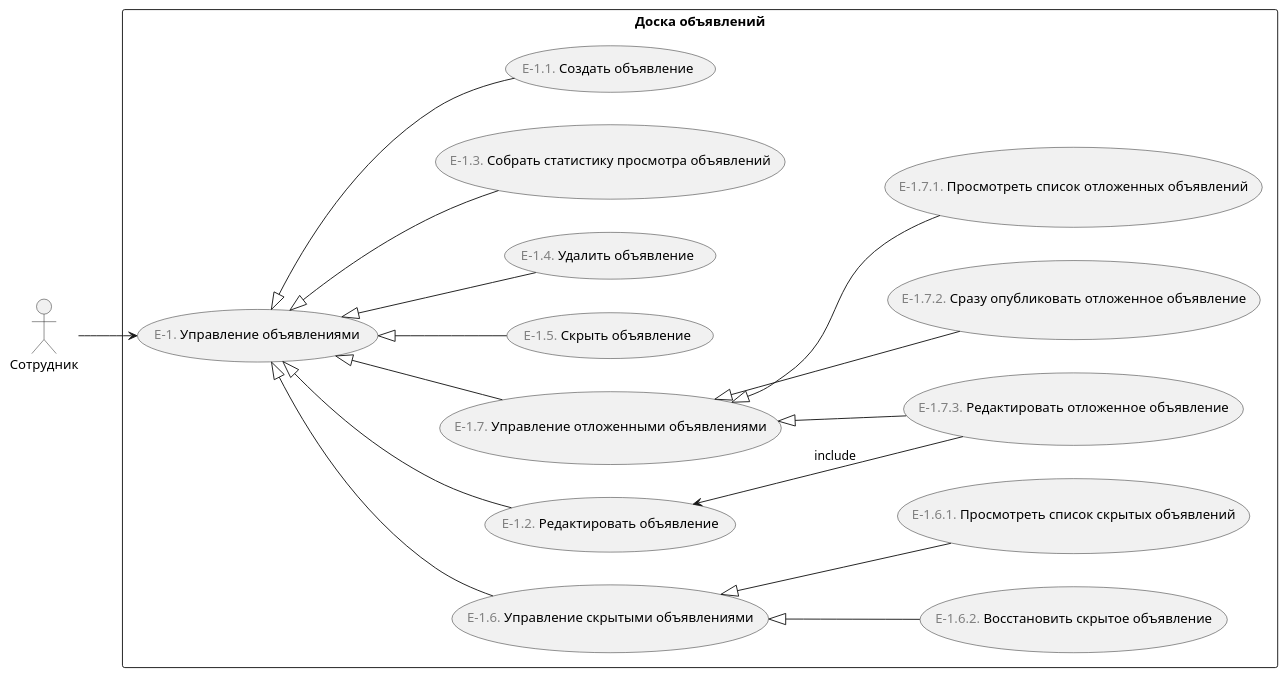
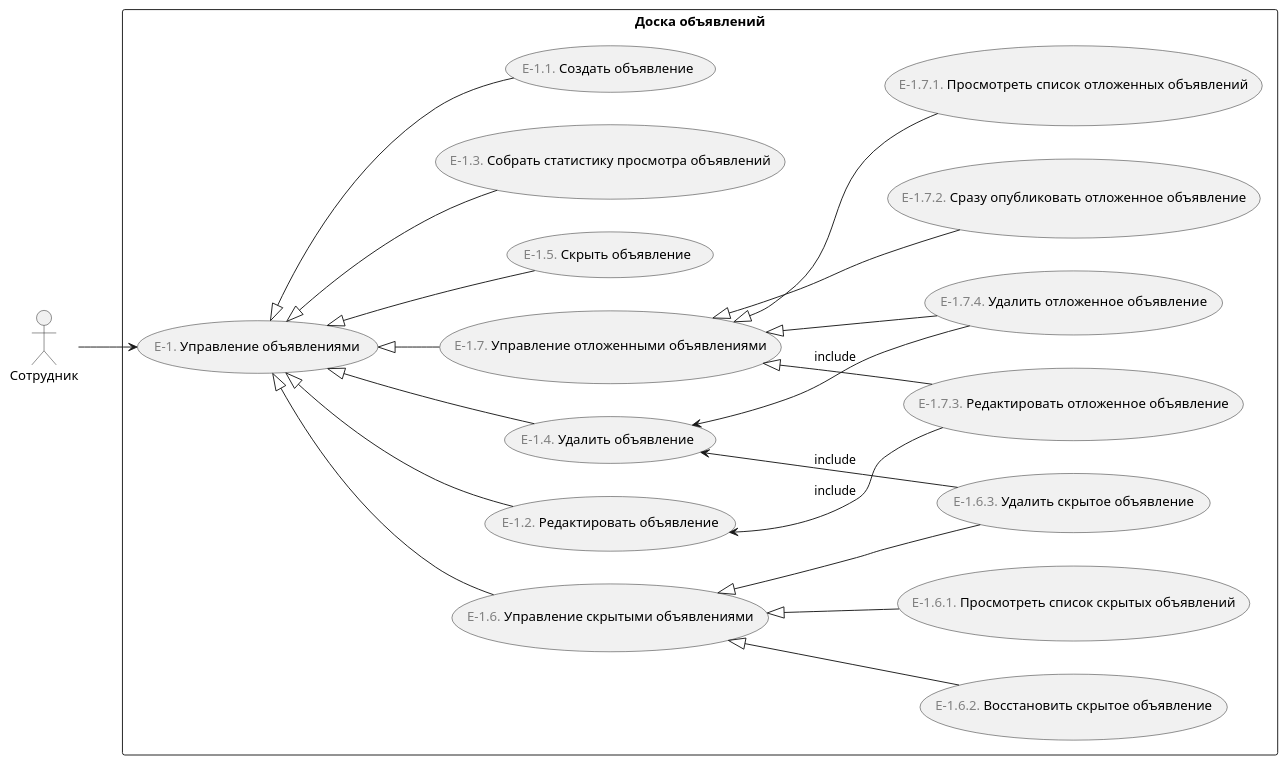
The diagram in doc/Диаграммы/use case/manage_announcements.puml (astu-app/ASTU-Bulletin-Board-Server), drawn with PlantUML before and after one commit.

Commit message:
добавил юзкейсы удаления скрытого и отложенного объявлений

```diff
--- a/doc/Диаграммы/use case/manage_announcements.puml
+++ b/doc/Диаграммы/use case/manage_announcements.puml
@@ -1,36 +1,44 @@
 @startuml
 'https://plantuml.com/use-case-diagram
 
 left to right direction
 
 :Сотрудник: as employee
 
 rectangle "Доска объявлений" {
     (<font color="gray">E-1.</font> Управление объявлениями) as manage_announcements
     (<font color="gray">E-1.6.</font> Управление скрытыми объявлениями) as manage_hidden_announcements
     (<font color="gray">E-1.7.</font> Управление отложенными объявлениями) as manage_delayed_announcements
-    
+    (<font color="gray">E-1.4.</font> Удалить объявление) as remove_announcement
+        
     (<font color="gray">E-1.2.</font> Редактировать объявление) as edit_announcement
     (<font color="gray">E-1.7.3.</font> Редактировать отложенное объявление) as edit_delayed_announcements
+    (<font color="gray">E-1.6.3.</font> Удалить скрытое объявление) as remove_hidden_announcements
+    (<font color="gray">E-1.7.4.</font> Удалить отложенное объявление) as remove_delayed_announcements
     
     employee --> manage_announcements
     
     manage_announcements <|-- edit_announcement
     manage_announcements <|-- (<font color="gray">E-1.5.</font> Скрыть объявление) 
     manage_announcements <|-- manage_hidden_announcements 
-    manage_announcements <|-- (<font color="gray">E-1.4.</font> Удалить объявление) 
+    manage_announcements <|-- remove_announcement 
     manage_announcements <|-- (<font color="gray">E-1.3.</font> Собрать статистику просмотра объявлений)
     manage_announcements <|-- (<font color="gray">E-1.1.</font> Создать объявление) 
     
     manage_announcements <|-- manage_delayed_announcements
     manage_delayed_announcements <|-- edit_delayed_announcements
     manage_delayed_announcements <|-- (<font color="gray">E-1.7.2.</font> Сразу опубликовать отложенное объявление)
     manage_delayed_announcements <|-- (<font color="gray">E-1.7.1.</font> Просмотреть список отложенных объявлений)
+    manage_delayed_announcements <|-- remove_delayed_announcements
     
     edit_delayed_announcements -up-> edit_announcement : include
+    remove_delayed_announcements -up-> remove_announcement : include
     
     manage_hidden_announcements <|-- (<font color="gray">E-1.6.2.</font> Восстановить скрытое объявление)
     manage_hidden_announcements <|-- (<font color="gray">E-1.6.1.</font> Просмотреть список скрытых объявлений)
+    manage_hidden_announcements <|-- remove_hidden_announcements
+    
+    remove_hidden_announcements -up-> remove_announcement : include
 }
 
 @enduml
```
